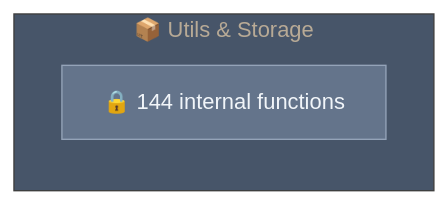
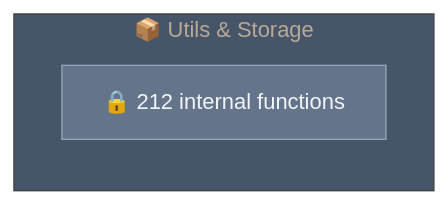
One commit to Ansh-dhanani/mikk changed the diagram in .mikk/diagrams/capsules/packages-core.mmd. Above: the diagram before and after it, drawn with Mermaid. The commit also changed 47 other files, not shown here.

Commit message:
feat: Introduce new CLI commands, core parsing and contract logic, MCP server, AI context, and diagram generation infrastructure.

```diff
--- a/.mikk/diagrams/capsules/packages-core.mmd
+++ b/.mikk/diagrams/capsules/packages-core.mmd
@@ -1,12 +1,12 @@
 %%{init: {"theme": "base", "themeVariables": {"primaryColor": "#1e293b", "primaryTextColor": "#e2e8f0", "lineColor": "#64748b", "secondaryColor": "#334155", "tertiaryColor": "#475569", "background": "#0f172a", "mainBkg": "#1e293b", "nodeBorder": "#475569"}}}%%
 graph LR
 
     subgraph packages_core["📦 Utils & Storage"]
         direction TB
-        internal["🔒 144 internal functions"]
+        internal["🔒 212 internal functions"]
     end
 
 
     classDef publicApi fill:#22c55e,stroke:#4ade80,color:#f0fdf4
     classDef internalApi fill:#64748b,stroke:#94a3b8,color:#f1f5f9
     class internal internalApi
```
